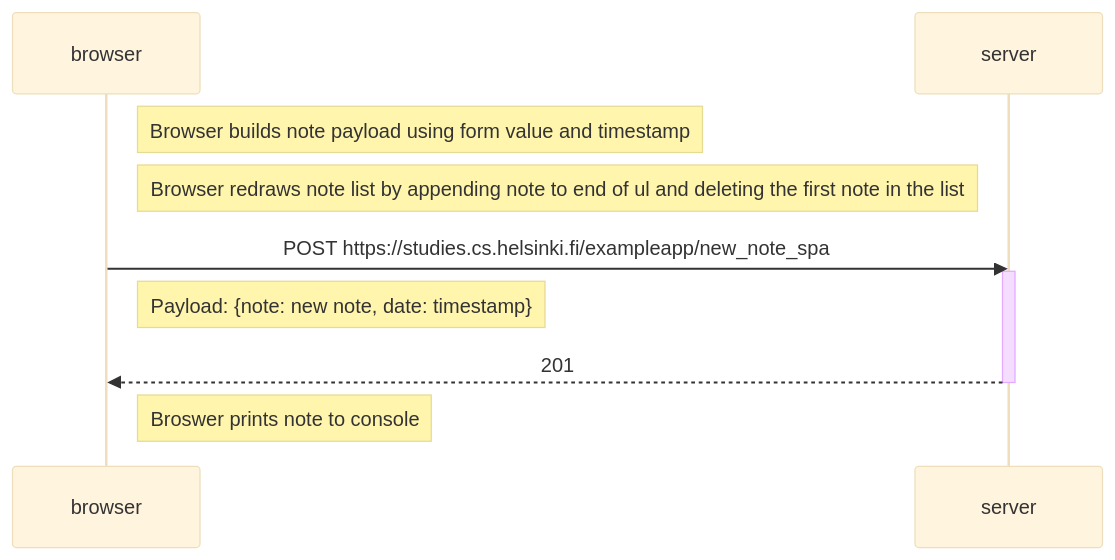
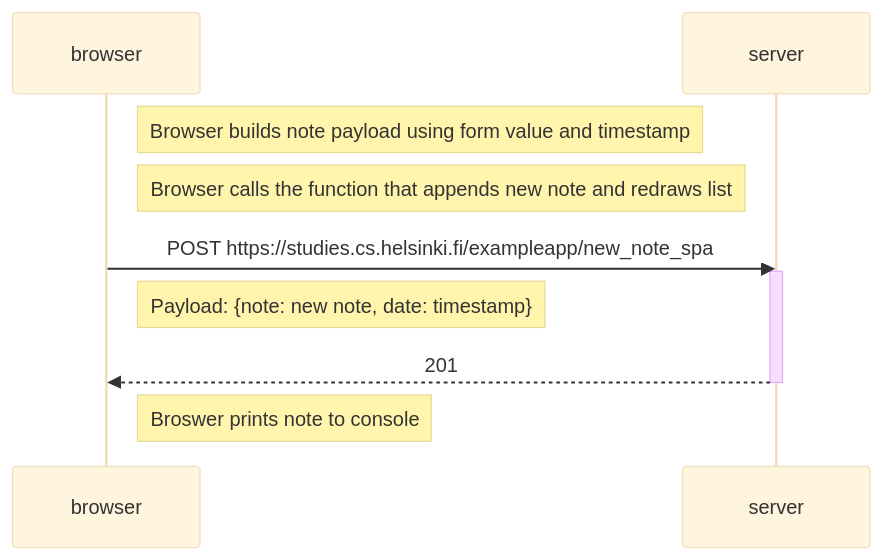
One commit to occook2/fullStackOpenCourse changed the diagram in part0/diagrams/0.6.md. Above: the diagram before and after it, drawn with Mermaid (base theme).

````diff
--- a/part0/diagrams/0.6.md
+++ b/part0/diagrams/0.6.md
@@ -3,19 +3,19 @@
 ```mermaid
 sequenceDiagram
     participant browser
     participant server
 
     Note right of browser: Browser builds note payload using form value and timestamp
-    Note right of browser: Browser redraws note list by appending note to end of ul and deleting the first note in the list
+    Note right of browser: Browser calls the function that appends new note and redraws list
 
 
     browser->>server: POST https://studies.cs.helsinki.fi/exampleapp/new_note_spa
     activate server
     Note right of browser: Payload: {note: new note, date: timestamp}
     server-->>browser: 201
     deactivate server
 
     Note right of browser: Broswer prints note to console
 
     
 ```
````
